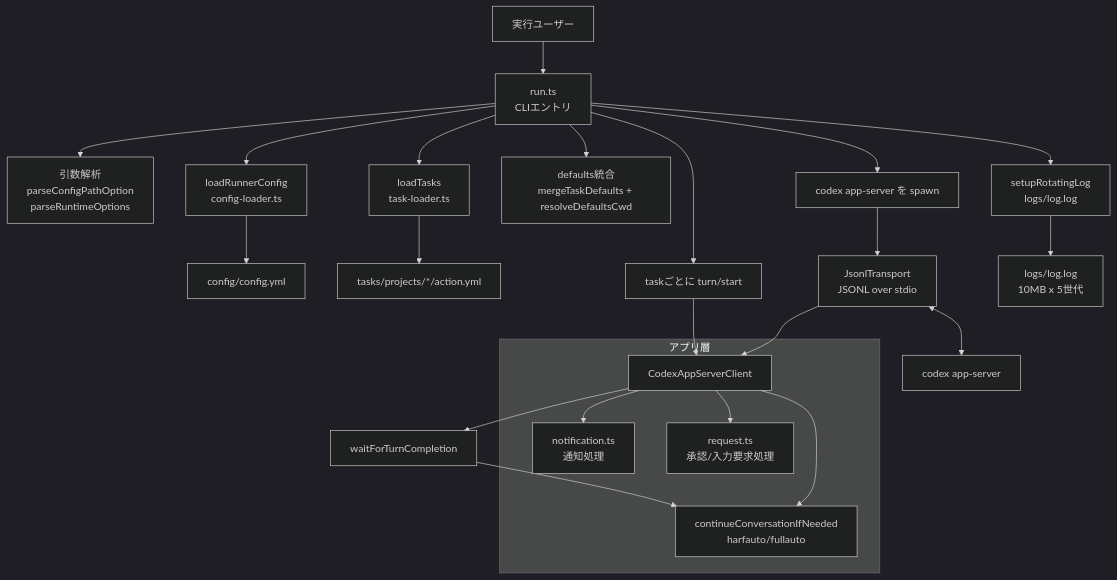
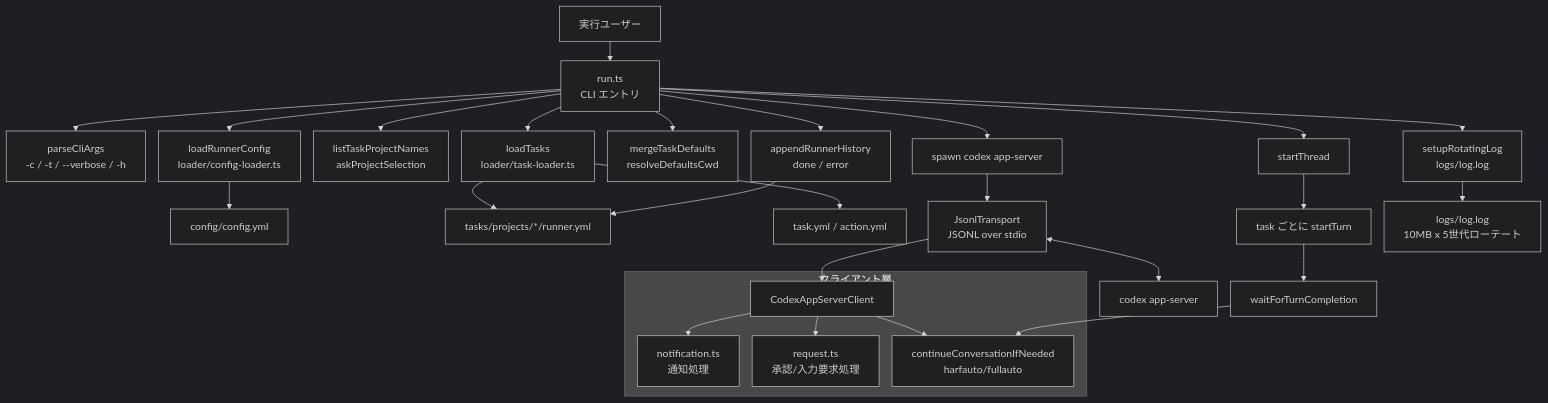
Before and after one commit to sunb256/vibe-task: the first of 3 diagrams in docs/runner.md, drawn with Mermaid (dark theme). The commit also changed other lines of this file and 7 other files, not shown here.

````diff
--- a/docs/runner.md
+++ b/docs/runner.md
@@ -5,32 +5,38 @@
 ```mermaid
+%%{init: {'flowchart': {'nodeSpacing': 20, 'rankSpacing': 30}}}%%
 flowchart TD
-  User["実行ユーザー"] --> CLI["run.ts\nCLIエントリ"]
+    User["実行ユーザー"] --> CLI["run.ts<br/>CLI エントリ"]
 
-  CLI --> Args["引数解析\nparseConfigPathOption\nparseRuntimeOptions"]
-  CLI --> ConfigLoader["loadRunnerConfig\nconfig-loader.ts"]
-  CLI --> TaskLoader["loadTasks\ntask-loader.ts"]
-  CLI --> Merge["defaults統合\nmergeTaskDefaults + resolveDefaultsCwd"]
-  CLI --> RotateLog["setupRotatingLog\nlogs/log.log"]
+    CLI --> ParseArgs["parseCliArgs<br/>-c / -t / --verbose / -h"]
+    CLI --> ConfigLoader["loadRunnerConfig<br/>loader/config-loader.ts"]
+    CLI --> ProjectSelect["listTaskProjectNames<br/>askProjectSelection"]
+    CLI --> TaskLoader["loadTasks<br/>loader/task-loader.ts"]
+    CLI --> Defaults["mergeTaskDefaults<br/>resolveDefaultsCwd"]
+    CLI --> LogSetup["setupRotatingLog<br/>logs/log.log"]
 
-  ConfigLoader --> ConfigYml["config/config.yml"]
-  TaskLoader --> ActionYml["tasks/projects/*/action.yml"]
+    ConfigLoader --> ConfigYml["config/config.yml"]
+    TaskLoader --> RunnerYml["tasks/projects/*/runner.yml"]
+    TaskLoader --> TaskYml["task.yml / action.yml"]
 
-  CLI --> Spawn["codex app-server を spawn"]
-  Spawn --> Transport["JsonlTransport\nJSONL over stdio"]
-  Transport --> Client["CodexAppServerClient"]
+    CLI --> Spawn["spawn codex app-server"]
+    Spawn --> Transport["JsonlTransport<br/>JSONL over stdio"]
+    Transport --> Client["CodexAppServerClient"]
 
-  subgraph AppLayer["アプリ層"]
-    Client --> Notify["notification.ts\n通知処理"]
-    Client --> Request["request.ts\n承認/入力要求処理"]
-    Client --> Reply["continueConversationIfNeeded\nharfauto/fullauto"]
-  end
+    subgraph ClientLayer["クライアント層"]
+      Client --> Notify["notification.ts<br/>通知処理"]
+      Client --> Request["request.ts<br/>承認/入力要求処理"]
+      Client --> ReplyLoop["continueConversationIfNeeded<br/>harfauto/fullauto"]
+    end
 
-  Transport <--> Codex["codex app-server"]
+    Transport <--> Server["codex app-server"]
 
-  CLI --> TaskLoop["taskごとに turn/start"]
-  TaskLoop --> Client
-  Client --> TurnWait["waitForTurnCompletion"]
-  TurnWait --> Reply
+    CLI --> ThreadStart["startThread"]
+    ThreadStart --> TurnLoop["task ごとに startTurn"]
+    TurnLoop --> WaitTurn["waitForTurnCompletion"]
+    WaitTurn --> ReplyLoop
 
-  RotateLog --> LogFile["logs/log.log\n10MB x 5世代"]
+    CLI --> RunnerHistory["appendRunnerHistory<br/>done / error"]
+    RunnerHistory --> RunnerYml
+
+    LogSetup --> LogFile["logs/log.log<br/>10MB x 5世代ローテート"]
 ```
````
